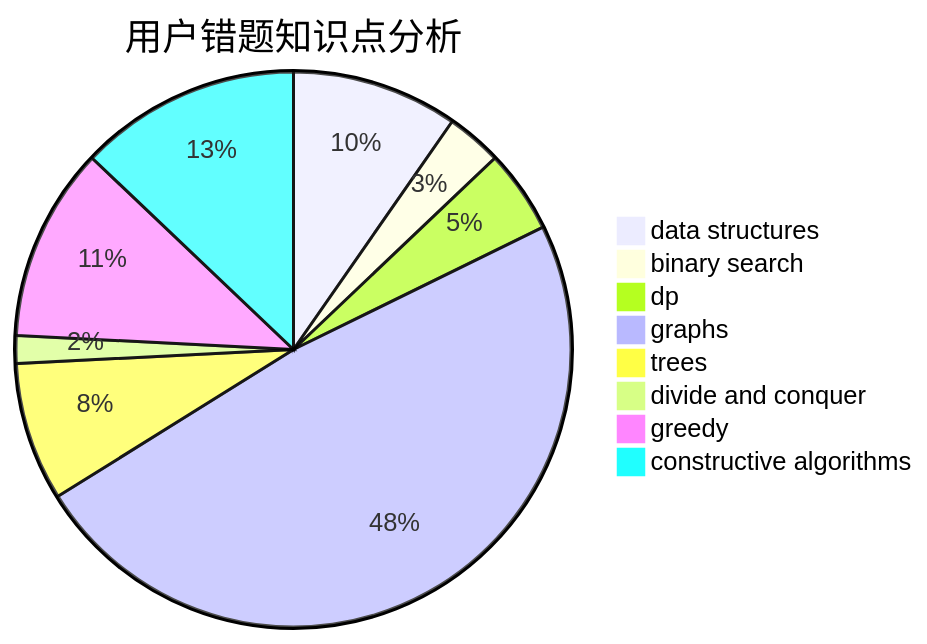
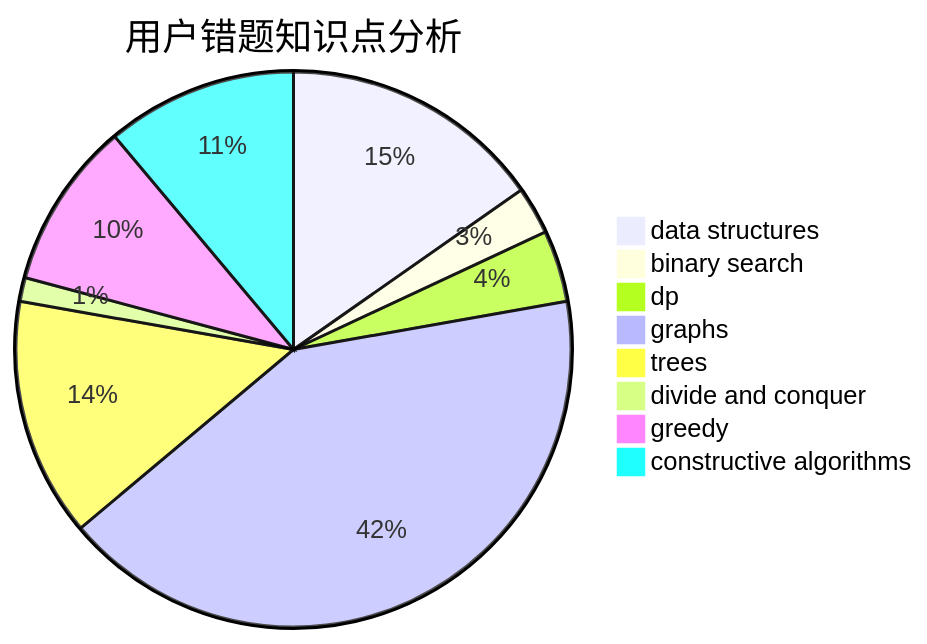
Before and after one commit to sherpahu/cfrs.github.io: the third of 3 diagrams in docs/user/u1842.md, drawn with Mermaid. The commit also changed other lines of this file and 2770 other files, not shown here.

````diff
--- a/docs/user/u1842.md
+++ b/docs/user/u1842.md
@@ -36,11 +36,11 @@
 ```mermaid
 pie title 用户错题知识点分析
-    "data structures" :  6
+    "data structures" :  11
     "binary search" :  2
     "dp" :  3
     "graphs" :  30
-    "trees" :  5
+    "trees" :  10
     "divide and conquer" :  1
     "greedy" :  7
     "constructive algorithms" :  8
 ```
````
